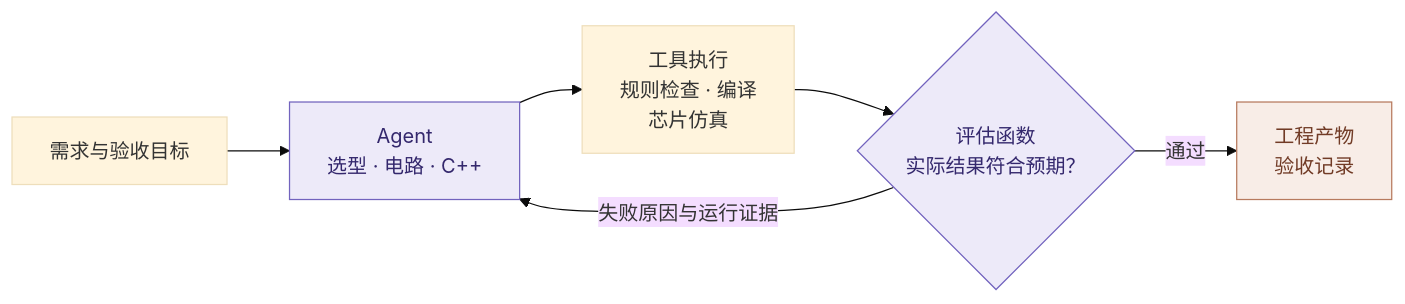
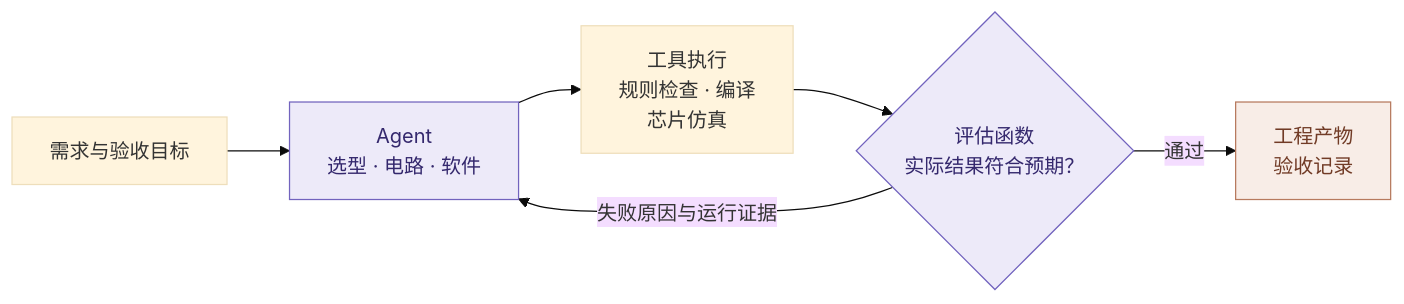
Before and after one commit to pao-1024/pao: the diagram in presentation/agent-loop.mmd, drawn with Mermaid (base theme). The commit also changed 9 other files, not shown here.

```diff
--- a/presentation/agent-loop.mmd
+++ b/presentation/agent-loop.mmd
@@ -1,10 +1,16 @@
+---
+config:
+  flowchart:
+    minNodeWidth: 180
+    wrappingWidth: 240
+---
 flowchart LR
-  request["需求与验收目标"] --> agent["Agent<br/>选型 · 电路 · C++"]
+  request["需求与验收目标"] --> agent["Agent<br/>选型 · 电路 · 软件"]
   agent --> tools["工具执行<br/>规则检查 · 编译<br/>芯片仿真"]
   tools --> evaluation{"评估函数<br/>实际结果符合预期？"}
   evaluation -- "通过" --> result["工程产物<br/>验收记录"]
   evaluation -- "失败原因与运行证据" --> agent
   classDef feedback fill:#edeaf9,stroke:#7263be,color:#34286d
   classDef output fill:#f8ede7,stroke:#b77a5e,color:#713b26
   class agent,evaluation feedback
   class result output
```
